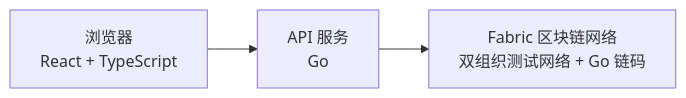
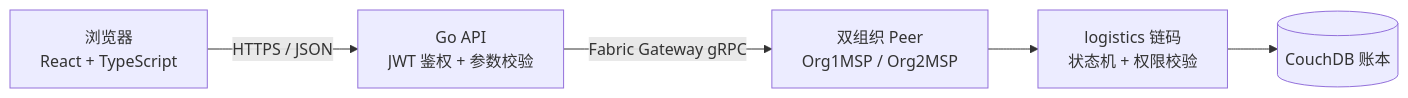
The diagram in README.md (Viper3-yu/fabric), drawn with Mermaid before and after one commit. The commit also changed other lines of this file and 46 other files, not shown here.

````diff
--- a/README.md
+++ b/README.md
@@ -9,5 +15,7 @@
 ```mermaid
-graph LR
-    W["浏览器<br>React + TypeScript"] --> A["API 服务<br>Go"]
-    A --> N["Fabric 区块链网络<br>双组织测试网络 + Go 链码"]
+flowchart LR
+    W["浏览器<br>React + TypeScript"] -->|HTTPS / JSON| A["Go API<br>JWT 鉴权 + 参数校验"]
+    A -->|Fabric Gateway gRPC| P["双组织 Peer<br>Org1MSP / Org2MSP"]
+    P --> C["logistics 链码<br>状态机 + 权限校验"]
+    C --> D[(CouchDB 账本)]
 ```
````
